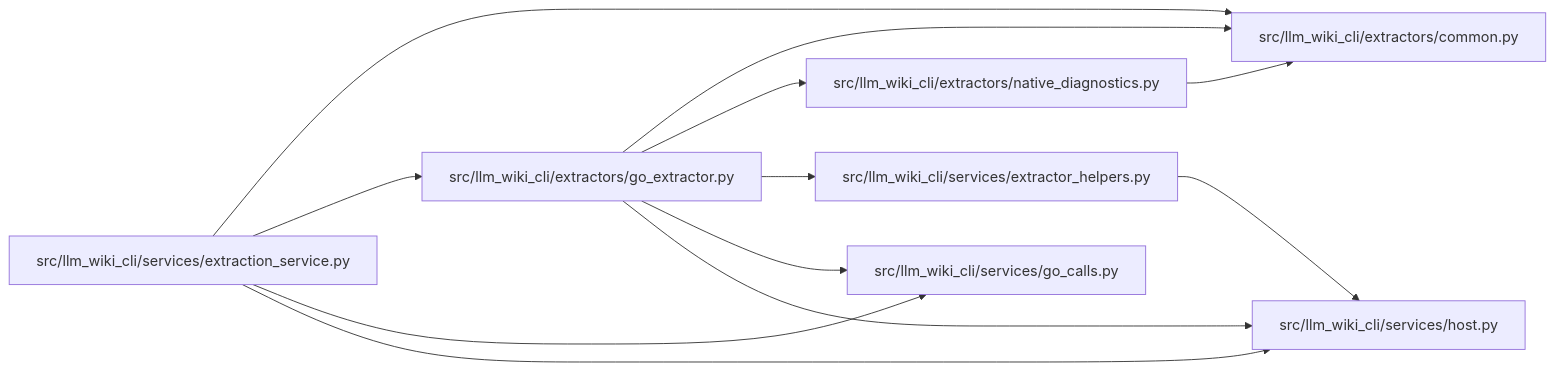
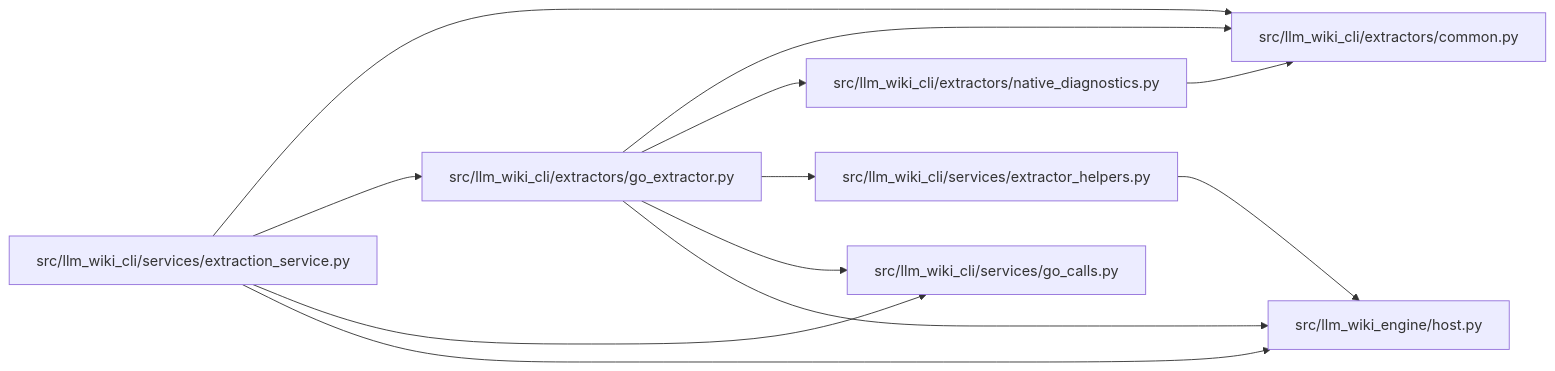
Before and after one commit to Denissvgn/python-wiki-llm: the diagram in docs/llm_wiki/modules/go_extractor.md, drawn with Mermaid. The commit also changed other lines of this file and 1103 other files, not shown here.

First line of the commit message:
docs: refresh the wiki for the llm-wiki-engine distribution

````diff
--- a/docs/llm_wiki/modules/go_extractor.md
+++ b/docs/llm_wiki/modules/go_extractor.md
@@ -39,28 +39,28 @@
 ```mermaid
 flowchart LR
     n0["src/llm_wiki_cli/extractors/common.py"]
     n1["src/llm_wiki_cli/extractors/go_extractor.py"]
     n2["src/llm_wiki_cli/extractors/native_diagnostics.py"]
     n3["src/llm_wiki_cli/services/extraction_service.py"]
     n4["src/llm_wiki_cli/services/extractor_helpers.py"]
     n5["src/llm_wiki_cli/services/go_calls.py"]
-    n6["src/llm_wiki_cli/services/host.py"]
+    n6["src/llm_wiki_engine/host.py"]
     n1 --> n0
     n1 --> n2
     n1 --> n4
     n1 --> n5
     n1 --> n6
     n2 --> n0
     n3 --> n0
     n3 --> n1
     n3 --> n5
     n3 --> n6
     n4 --> n6
     click n0 "../modules/common.md"
     click n1 "../modules/go_extractor.md"
     click n2 "../modules/native_diagnostics.md"
     click n3 "../modules/extraction_service.md"
     click n4 "../modules/extractor_helpers.md"
     click n5 "../modules/go_calls.md"
     click n6 "../modules/host.md"
 ```
````
